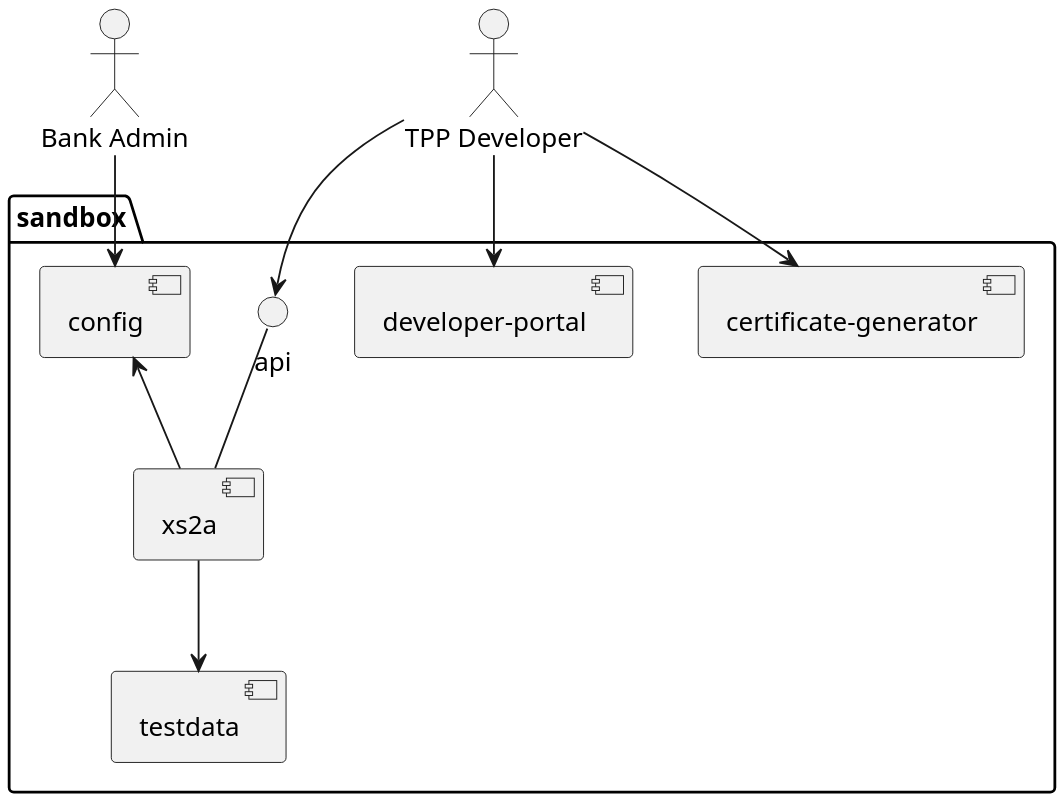
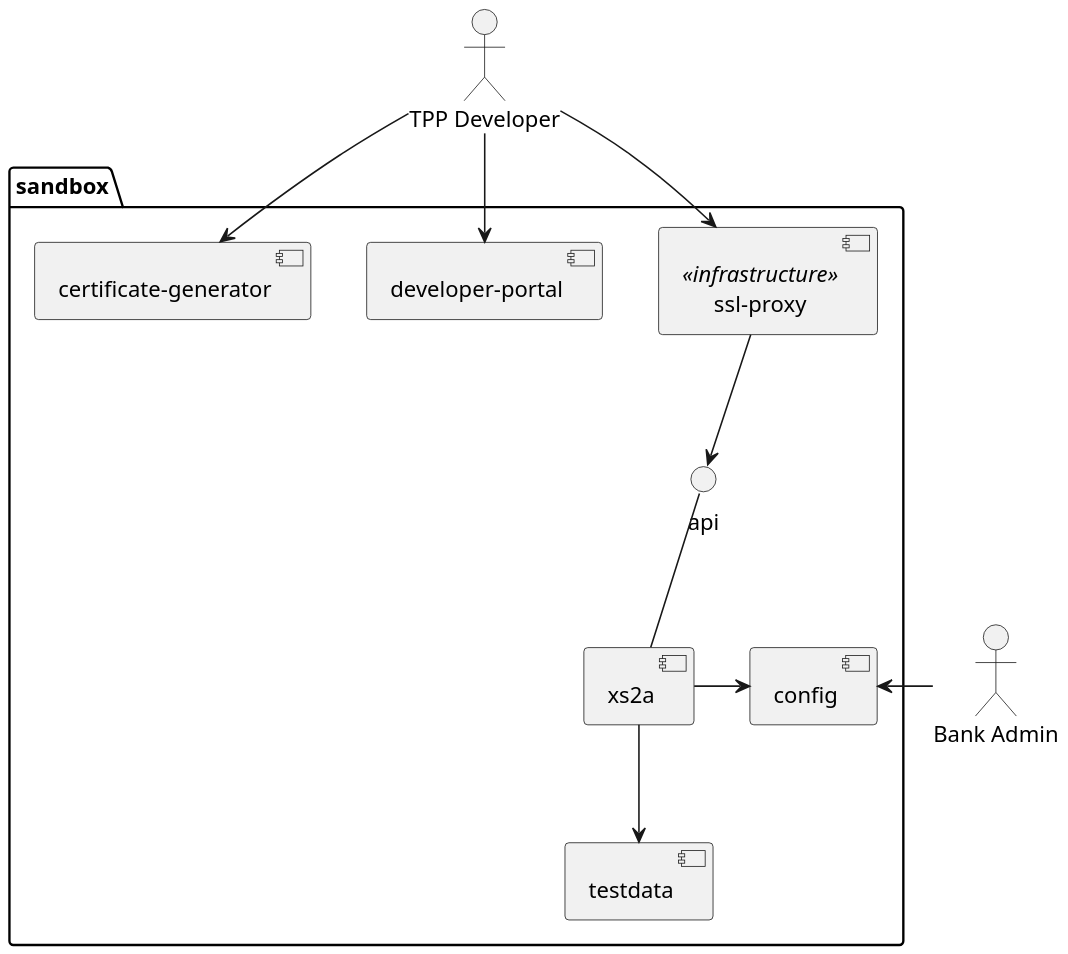
One commit to adorsys/psd2-accelerator changed the diagram in arc42/diagrams/whitebox-1.puml. Above: the diagram before and after it, drawn with PlantUML. The commit also changed 6 other files, not shown here.

```diff
--- a/arc42/diagrams/whitebox-1.puml
+++ b/arc42/diagrams/whitebox-1.puml
@@ -1,24 +1,25 @@
 @startuml whitebox-1
 
 skinparam shadowing false
 scale 1200 width
 
 actor "Bank Admin" as badmin
 actor "TPP Developer" as tppd
 
 package sandbox {
 
+  [ssl-proxy] <<infrastructure>>
+
   [xs2a] --> [testdata]
-  badmin --> [config]
-  config <-- [xs2a]
+  [config] <- badmin
+  [xs2a] -> [config]
 
   () api -- [xs2a]
-  tppd --> api
+  tppd --> [ssl-proxy]
+  [ssl-proxy] --> api
   tppd --> [developer-portal]
   tppd --> [certificate-generator]
 
-  ' only for layouting
-  api -[hidden]> [developer-portal]
 }
 
 @enduml
```
